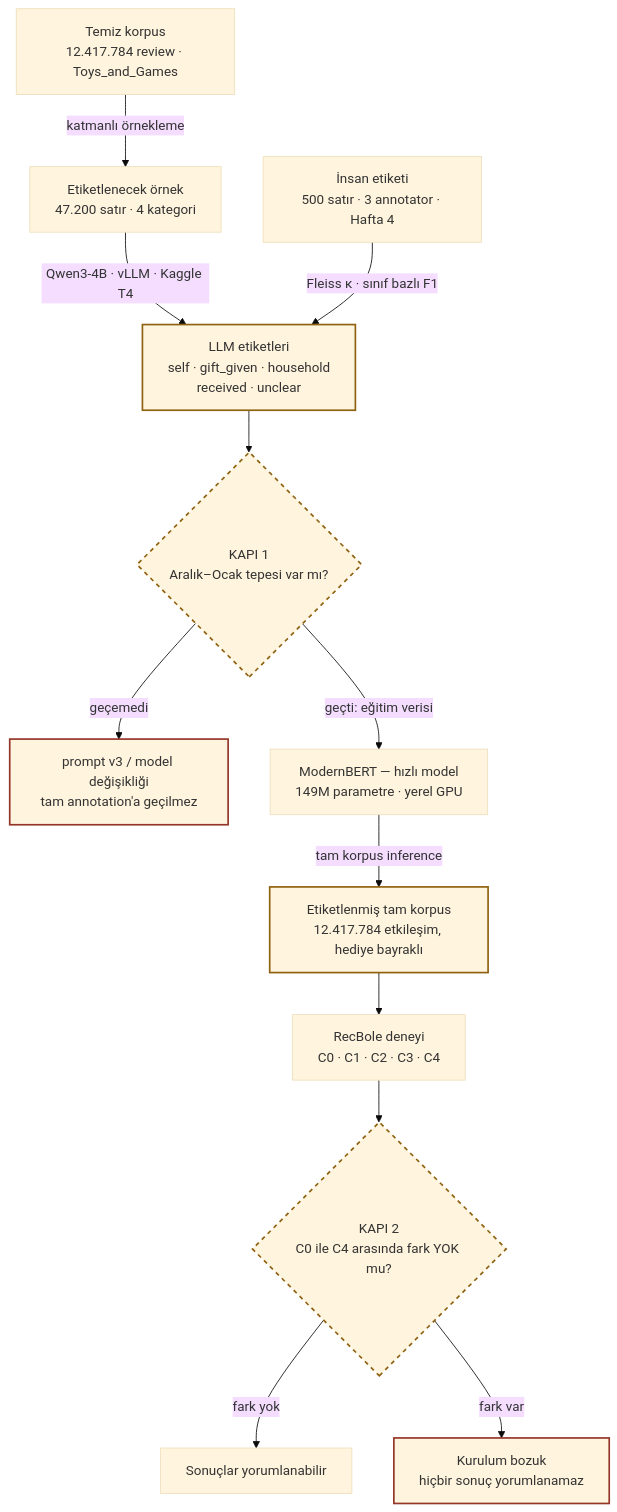
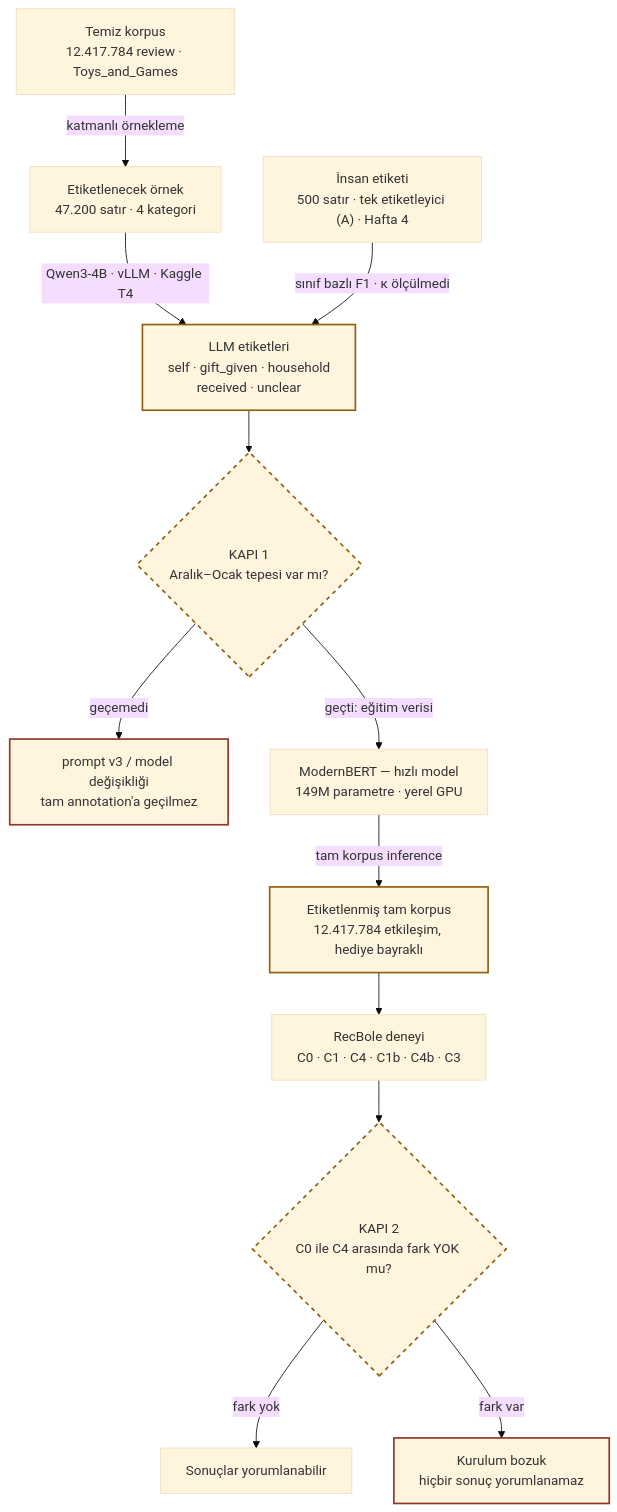
Before and after one commit to edasaruhan/SIC_AI_17_Capstone_Group_2: the diagram in repo/docs/GENEL_BAKIS.md, drawn with Mermaid (base theme). The commit also changed other lines of this file and 13 other files, not shown here.

````diff
--- a/repo/docs/GENEL_BAKIS.md
+++ b/repo/docs/GENEL_BAKIS.md
@@ -78,34 +78,34 @@
 ```mermaid
 flowchart TD
     A["Temiz korpus<br/>12.417.784 review · Toys_and_Games"]
     B["Etiketlenecek örnek<br/>47.200 satır · 4 kategori"]
     C["LLM etiketleri<br/>self · gift_given · household<br/>received · unclear"]
-    H["İnsan etiketi<br/>500 satır · 3 annotator · Hafta 4"]
+    H["İnsan etiketi<br/>500 satır · tek etiketleyici (A) · Hafta 4"]
     G1{"KAPI 1<br/>Aralık–Ocak tepesi var mı?"}
     P["prompt v3 / model değişikliği<br/>tam annotation'a geçilmez"]
     D["ModernBERT — hızlı model<br/>149M parametre · yerel GPU"]
     E["Etiketlenmiş tam korpus<br/>12.417.784 etkileşim, hediye bayraklı"]
-    F["RecBole deneyi<br/>C0 · C1 · C2 · C3 · C4"]
+    F["RecBole deneyi<br/>C0 · C1 · C4 · C1b · C4b · C3"]
     G2{"KAPI 2<br/>C0 ile C4 arasında fark YOK mu?"}
     R["Sonuçlar yorumlanabilir"]
     INV["Kurulum bozuk<br/>hiçbir sonuç yorumlanamaz"]
 
     A -->|"katmanlı örnekleme"| B
     B -->|"Qwen3-4B · vLLM · Kaggle T4"| C
-    H -->|"Fleiss κ · sınıf bazlı F1"| C
+    H -->|"sınıf bazlı F1 · κ ölçülmedi"| C
     C --> G1
     G1 -->|"geçti: eğitim verisi"| D
     G1 -->|"geçemedi"| P
     D -->|"tam korpus inference"| E
     E --> F
     F --> G2
     G2 -->|"fark yok"| R
     G2 -->|"fark var"| INV
 
     classDef gift stroke:#8E6210,stroke-width:2px
     classDef gate stroke:#8E6210,stroke-width:2px,stroke-dasharray:5
     classDef stop stroke:#93362A,stroke-width:2px
     class C,E gift
     class G1,G2 gate
     class P,INV stop
 ```
````
